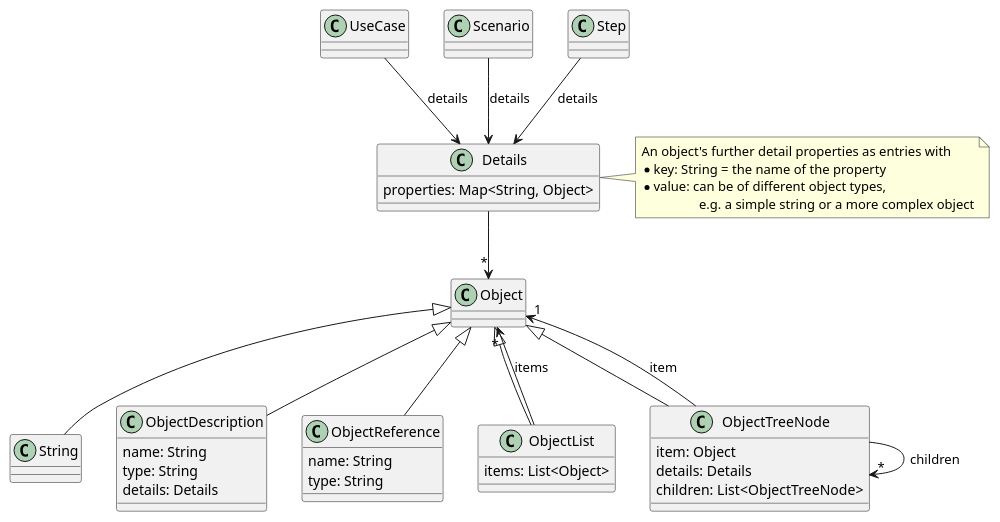
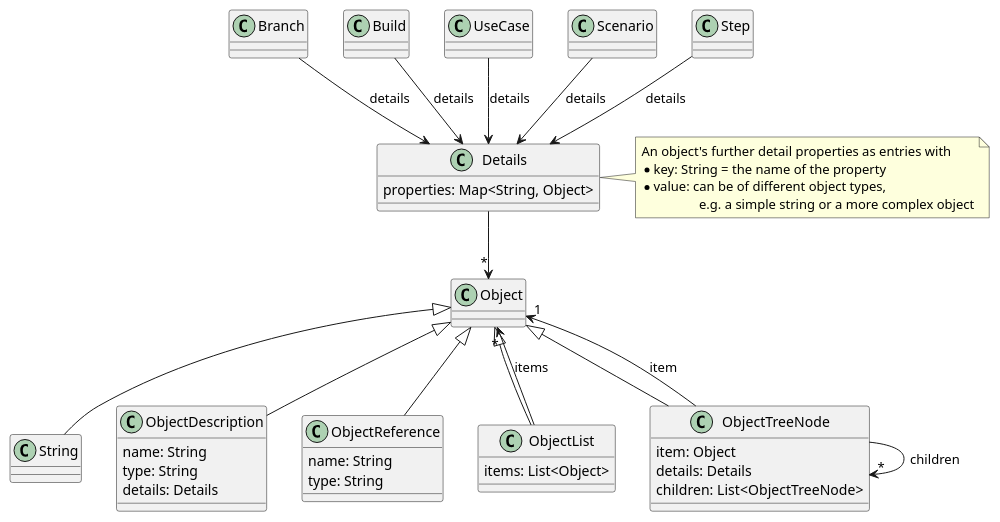
Before and after one commit to scenarioo/scenarioo: the diagram in docs/features/details/class-diagram.puml, drawn with PlantUML.

Commit message:
Branches and Builds can have also Details

```diff
--- a/docs/features/details/class-diagram.puml
+++ b/docs/features/details/class-diagram.puml
@@ -1,58 +1,62 @@
 @startuml
 
+class Branch
+class Build
 class UseCase
 class Scenario
 class Step
 
 class Object
 
 class Details {
     properties: Map<String, Object>
 }
 note right
 An object's further detail properties as entries with
 * key: String = the name of the property
 * value: can be of different object types,
                  e.g. a simple string or a more complex object
 end note
 
 class String
 
 class ObjectDescription {
     name: String
     type: String
     details: Details
 }
 
 class ObjectReference {
     name: String
     type: String
 }
 
 class ObjectList {
     items: List<Object>
 }
 
 class ObjectTreeNode {
     item: Object
     details: Details
     children: List<ObjectTreeNode>
 }
 
+Branch --> Details : details
+Build --> Details : details
 UseCase --> Details : details
 Scenario --> Details : details
 Step --> Details : details
 
 Details --> "*" Object
 
 Object <|-- String
 Object <|-- ObjectDescription
 Object <|-- ObjectReference
 Object <|-- ObjectList
 Object <|-- ObjectTreeNode
 
 ObjectList --> "*" Object : items
 ObjectTreeNode --> "1" Object : item
 ObjectTreeNode --> "*" ObjectTreeNode : children
 
 @enduml
```
